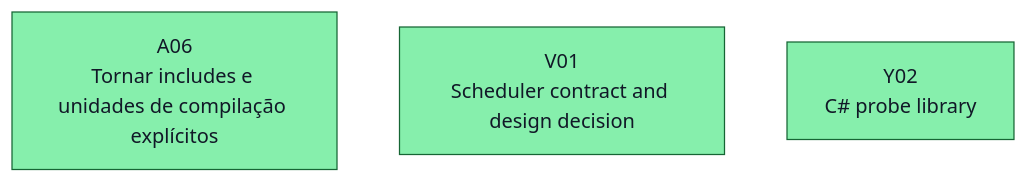
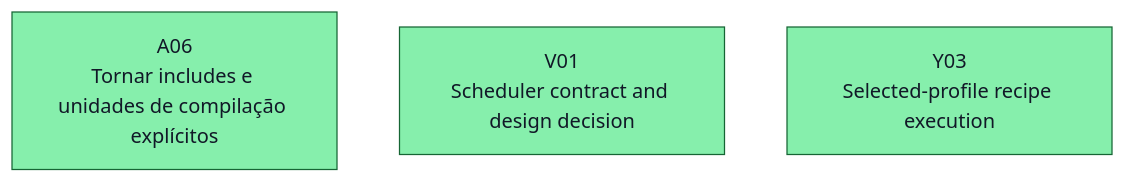
The first of 25 diagrams in docs/task-dependencies.md (ocarizr/spaceraiders), drawn with Mermaid before and after one commit. The commit also changed other lines of this file and 9 other files, not shown here.

First line of the commit message:
feat(Y02): add environment probe library and profile health evaluation (#22)

````diff
--- a/docs/task-dependencies.md
+++ b/docs/task-dependencies.md
@@ -23,9 +23,9 @@
 ```mermaid
 flowchart TD
     ready_A06["A06<br/>Tornar includes e unidades de compilação explícitos"]:::ready
     ready_V01["V01<br/>Scheduler contract and design decision"]:::ready
-    ready_Y02["Y02<br/>C# probe library"]:::ready
+    ready_Y03["Y03<br/>Selected-profile recipe execution"]:::ready
     classDef pending fill:#ffffff,stroke:#6b7280,color:#111827
     classDef ready fill:#86efac,stroke:#166534,color:#111827
     classDef done fill:#f87171,stroke:#991b1b,color:#111827
 ```
````
